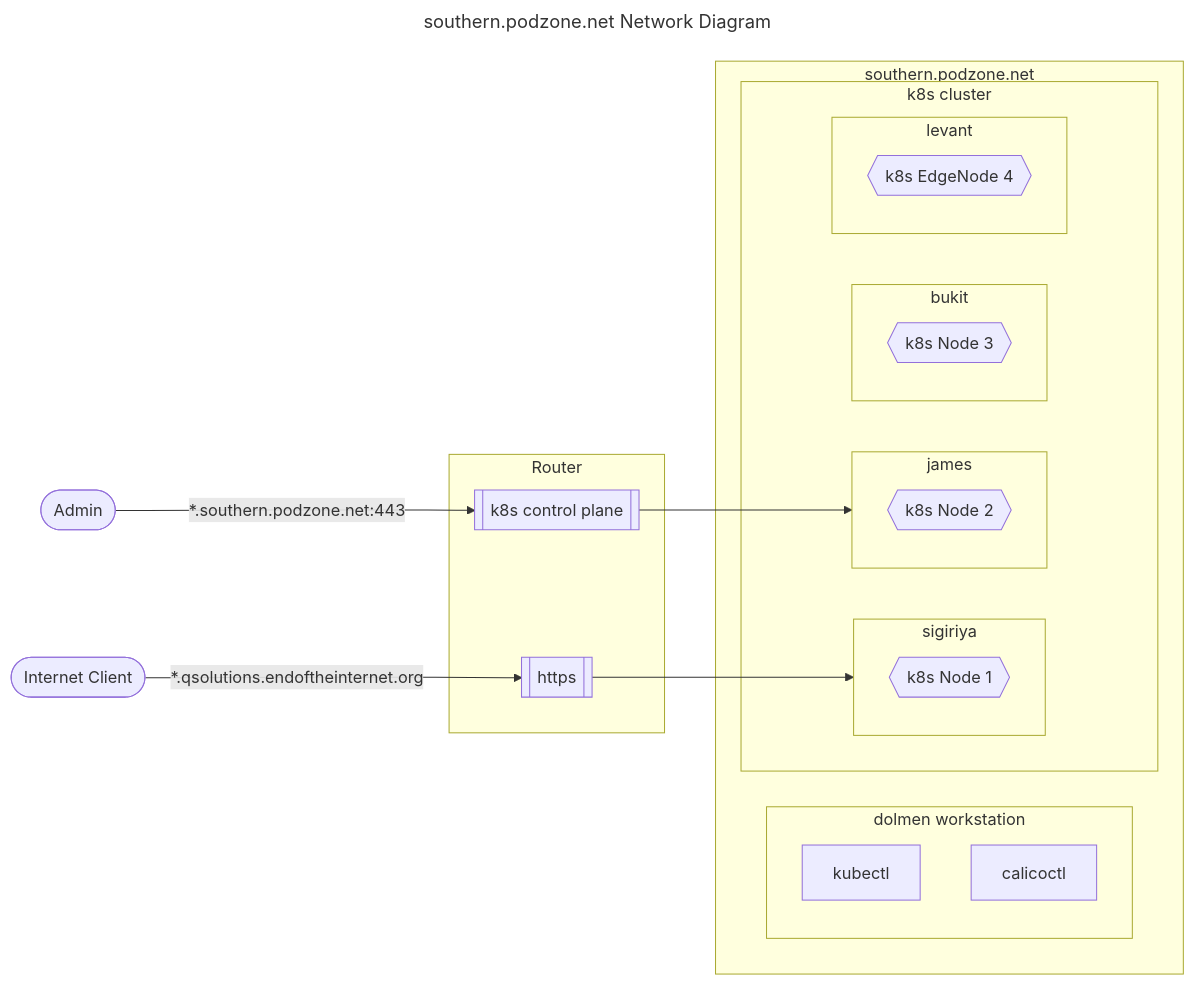
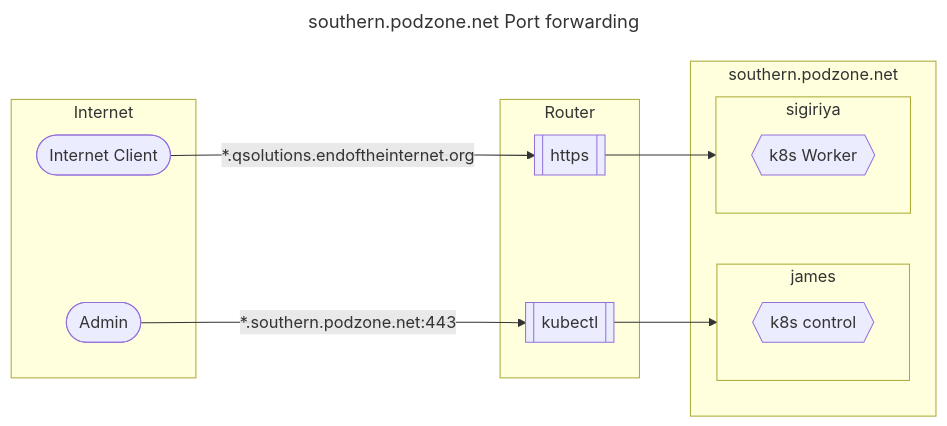
The second of 3 diagrams in README.md (MoTTTT/QApps), drawn with Mermaid before and after one commit. The commit also changed other lines of this file and 34 other files, not shown here.

````diff
--- a/README.md
+++ b/README.md
@@ -102,40 +145,28 @@
 ```mermaid
 ---
-title: southern.podzone.net Network Diagram
+title: southern.podzone.net Port forwarding
 ---
 graph LR
-    clientExt1([Internet Client]) -->|*.qsolutions.endoftheinternet.org| fibreRouter1[[https]]
 
-    clientExt2([Admin]) -->|*.southern.podzone.net:443| fibreRouter2[[k8s control plane]]
+clientExt1 -->|*.qsolutions.endoftheinternet.org| routerPort1
+clientExt2 -->|*.southern.podzone.net:443| routerPort2
+routerPort1 --> sigiriya
+routerPort2 --> james
 
-    fibreRouter1 --> sigiriya
-    fibreRouter2 --> james
-
-    subgraph Router
-      fibreRouter1
-      fibreRouter2
+  subgraph Internet
+    clientExt1([Internet Client])
+    clientExt2([Admin])
+  end
+  subgraph Router
+    routerPort1[[https]]
+    routerPort2[[kubectl]]
+  end
+  subgraph southern.podzone.net
+    subgraph james
+      microk8sW2{{k8s control}}
     end
-
-    subgraph southern.podzone.net
-      subgraph dolmen workstation
-        kubectl
-        calicoctl
-      end
-      subgraph k8s cluster
-        subgraph sigiriya
-          microk8sW1{{k8s Node 1}}
-        end
-        subgraph james
-          microk8sW2{{k8s Node 2}}
-        end
-        subgraph bukit
-          microk8sC2{{k8s Node 3}}
-        end
-        subgraph levant
-          microk8sC1{{k8s EdgeNode 4}}
-        end
-      end
+    subgraph sigiriya
+      microk8sW1{{k8s Worker}}
     end
-    classDef eg stroke-dasharray: 5 5
-    classDef host stroke-dasharray: 5 5
+  end
 ```
````
